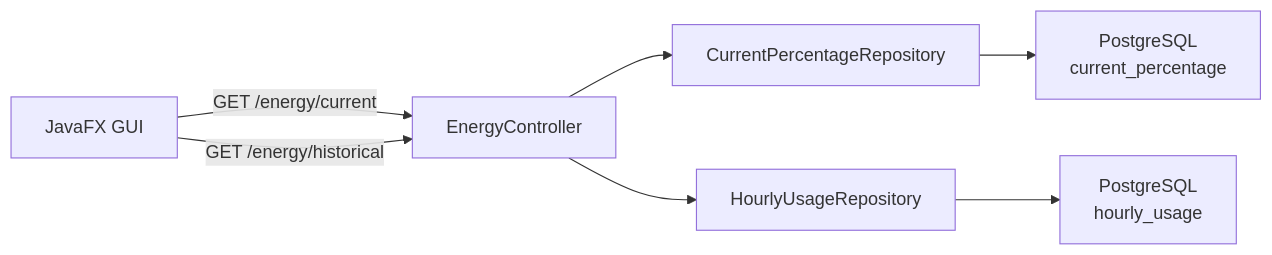
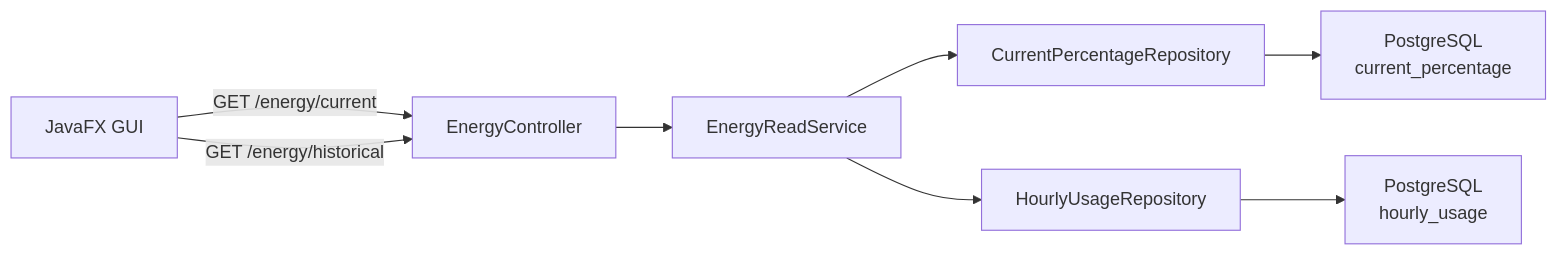
One commit to Dev02Liu/energy_community_project changed the first of 2 diagrams in docs/modules-documentation/rest-api.md. Above: the diagram before and after it, drawn with Mermaid. The commit also changed other lines of this file and 12 other files, not shown here.

````diff
--- a/docs/modules-documentation/rest-api.md
+++ b/docs/modules-documentation/rest-api.md
@@ -62,16 +63,18 @@
 ```mermaid
 flowchart LR
     GUI["JavaFX GUI"]
     Controller["EnergyController"]
+    Service["EnergyReadService"]
     CurrentRepo["CurrentPercentageRepository"]
     UsageRepo["HourlyUsageRepository"]
     CP["PostgreSQL<br/>current_percentage"]
     HU["PostgreSQL<br/>hourly_usage"]
 
     GUI -->|"GET /energy/current"| Controller
     GUI -->|"GET /energy/historical"| Controller
-    Controller --> CurrentRepo
-    Controller --> UsageRepo
+    Controller --> Service
+    Service --> CurrentRepo
+    Service --> UsageRepo
     CurrentRepo --> CP
     UsageRepo --> HU
 ```
````
